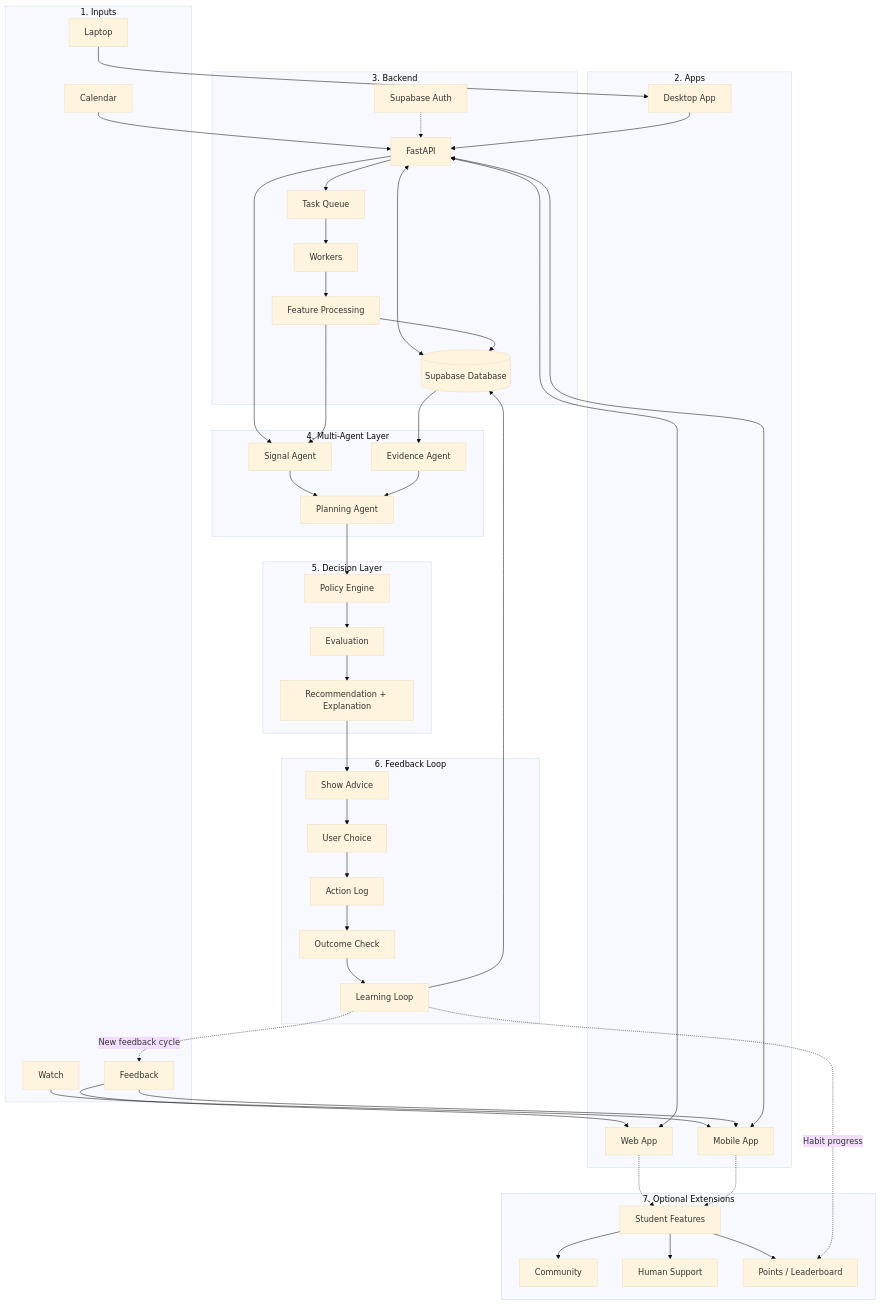
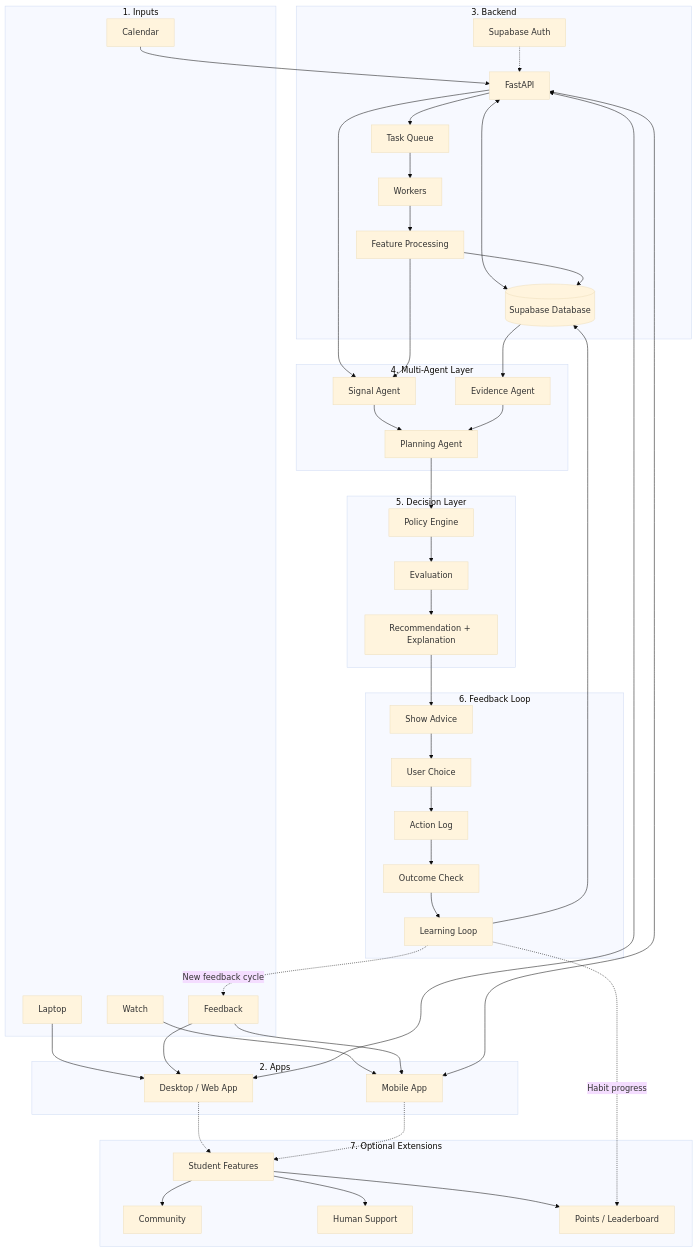
Before and after one commit to raghavan93513/Cognitive-Performance-Agent: the diagram in README.md, drawn with Mermaid (base theme). The commit also changed other lines of this file, not shown here.

Commit message:
Update
Updated application types and removed desktop app reference.

```diff
--- a/README.md
+++ b/README.md
@@ -19,8 +18,7 @@
     %% 2. APPLICATIONS
     subgraph APPS["2. Apps"]
         MOB["Mobile App"]
-        WEB["Web App"]
-        DESK["Desktop App"]
+        WEB["Desktop / Web App"]
     end
 
     %% 3. BACKEND
@@ -71,14 +69,13 @@
     %% INPUTS TO APPLICATIONS
     CAL --> API
     WATCH --> MOB
-    LAP --> DESK
+    LAP --> WEB
     FEED --> MOB
     FEED --> WEB
 
     %% APPLICATIONS TO BACKEND
     MOB <--> API
     WEB <--> API
-    DESK --> API
 
     %% BACKEND PROCESSING
     AUTH -.-> API
```
